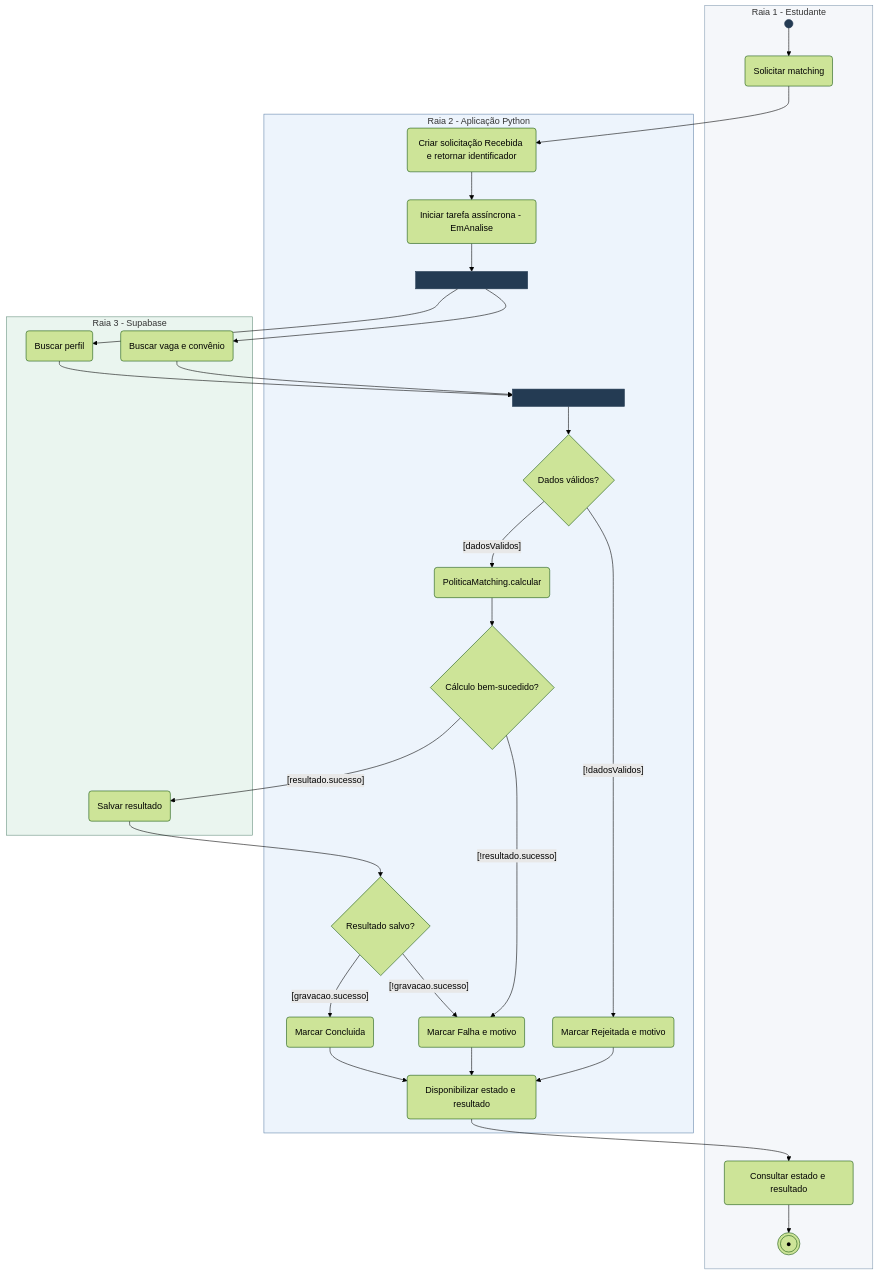
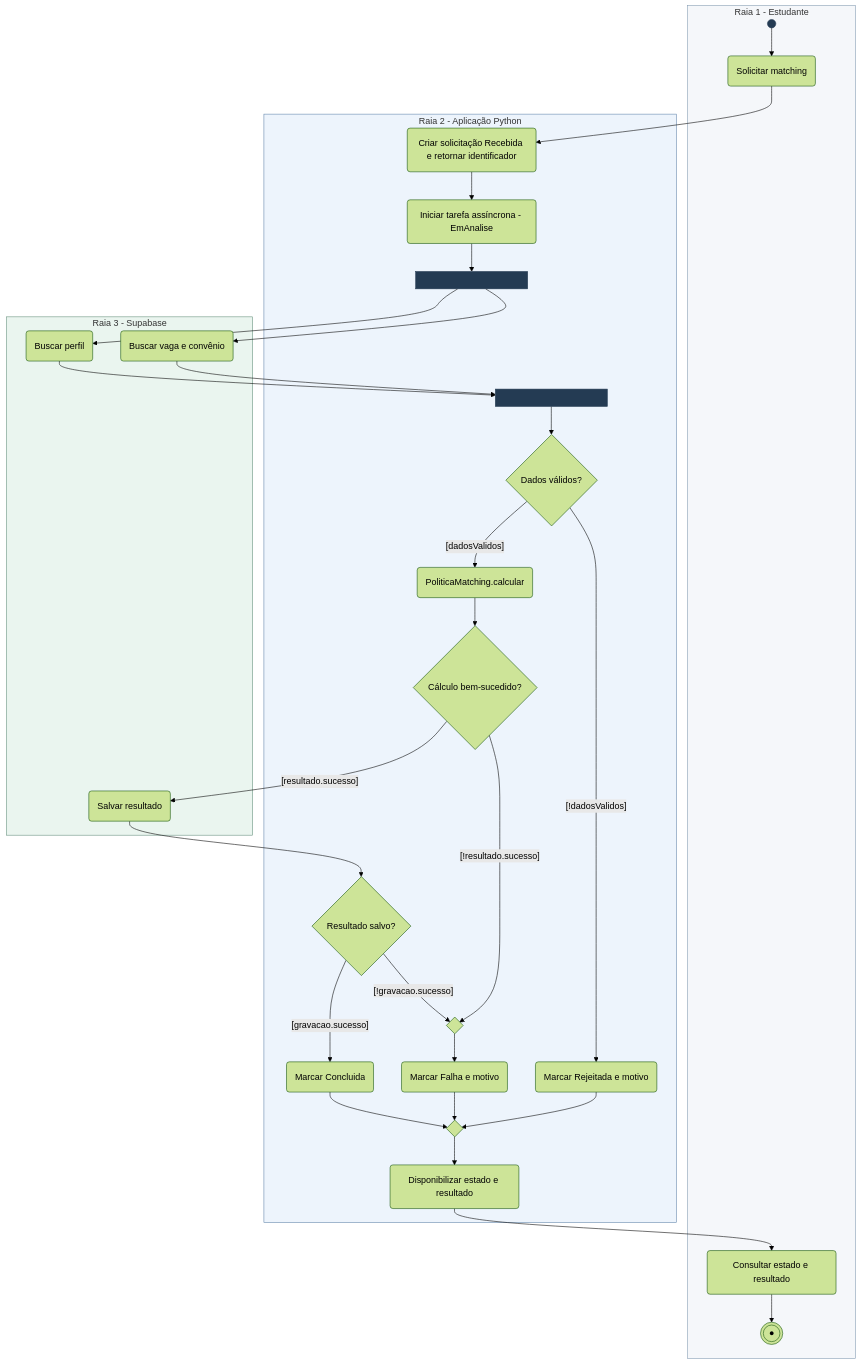
The diagram in docs/diagrams/atividades.mmd (Lucas-Lunim/APS3-Modelagem_de_dados), drawn with Mermaid (forest theme) before and after one commit. The commit also changed 2 other files, not shown here.

Commit message:
Corrige mesclagens e transicoes dos diagramas comportamentais

```diff
--- a/docs/diagrams/atividades.mmd
+++ b/docs/diagrams/atividades.mmd
@@ -1,43 +1,47 @@
 flowchart TB
     subgraph ALUNO["Raia 1 - Estudante"]
         I(( ))
         PEDIR("Solicitar matching")
         VER("Consultar estado e resultado")
         F((("●")))
     end
     subgraph SISTEMA["Raia 2 - Aplicação Python"]
         CRIAR("Criar solicitação Recebida e retornar identificador")
         INICIAR("Iniciar tarefa assíncrona - EmAnalise")
         FORK["<span style='display:block;width:140px;height:1px'></span>"]
         JOIN["<span style='display:block;width:140px;height:1px'></span>"]
         VALIDAR{"Dados válidos?"}
         CALCULAR("PoliticaMatching.calcular")
         OK{"Cálculo bem-sucedido?"}
         SALVOU{"Resultado salvo?"}
         CONCLUIR("Marcar Concluida")
         REJEITAR("Marcar Rejeitada e motivo")
+        MERGE_FALHA{" "}
         FALHAR("Marcar Falha e motivo")
+        MERGE_FINAL{" "}
         DISPONIVEL("Disponibilizar estado e resultado")
     end
     subgraph BANCO["Raia 3 - Supabase"]
         PERFIL("Buscar perfil")
         VAGA("Buscar vaga e convênio")
         SALVAR("Salvar resultado")
     end
     I --> PEDIR --> CRIAR --> INICIAR --> FORK
     FORK --> PERFIL --> JOIN
     FORK --> VAGA --> JOIN
     JOIN --> VALIDAR
     VALIDAR -- "[dadosValidos]" --> CALCULAR --> OK
-    VALIDAR -- "[!dadosValidos]" --> REJEITAR --> DISPONIVEL
+    VALIDAR -- "[!dadosValidos]" --> REJEITAR --> MERGE_FINAL
     OK -- "[resultado.sucesso]" --> SALVAR --> SALVOU
-    OK -- "[!resultado.sucesso]" --> FALHAR
-    SALVOU -- "[gravacao.sucesso]" --> CONCLUIR --> DISPONIVEL
-    SALVOU -- "[!gravacao.sucesso]" --> FALHAR --> DISPONIVEL
+    OK -- "[!resultado.sucesso]" --> MERGE_FALHA
+    SALVOU -- "[gravacao.sucesso]" --> CONCLUIR --> MERGE_FINAL
+    SALVOU -- "[!gravacao.sucesso]" --> MERGE_FALHA
+    MERGE_FALHA --> FALHAR --> MERGE_FINAL
+    MERGE_FINAL --> DISPONIVEL
     DISPONIVEL --> VER --> F
 
     classDef barra fill:#243B53,stroke:#243B53,color:#243B53;
     class FORK,JOIN,I barra;
     style ALUNO fill:#F5F7FA,stroke:#829AB1
     style SISTEMA fill:#EDF4FC,stroke:#6285AA
     style BANCO fill:#EAF5EF,stroke:#658F7C
```
